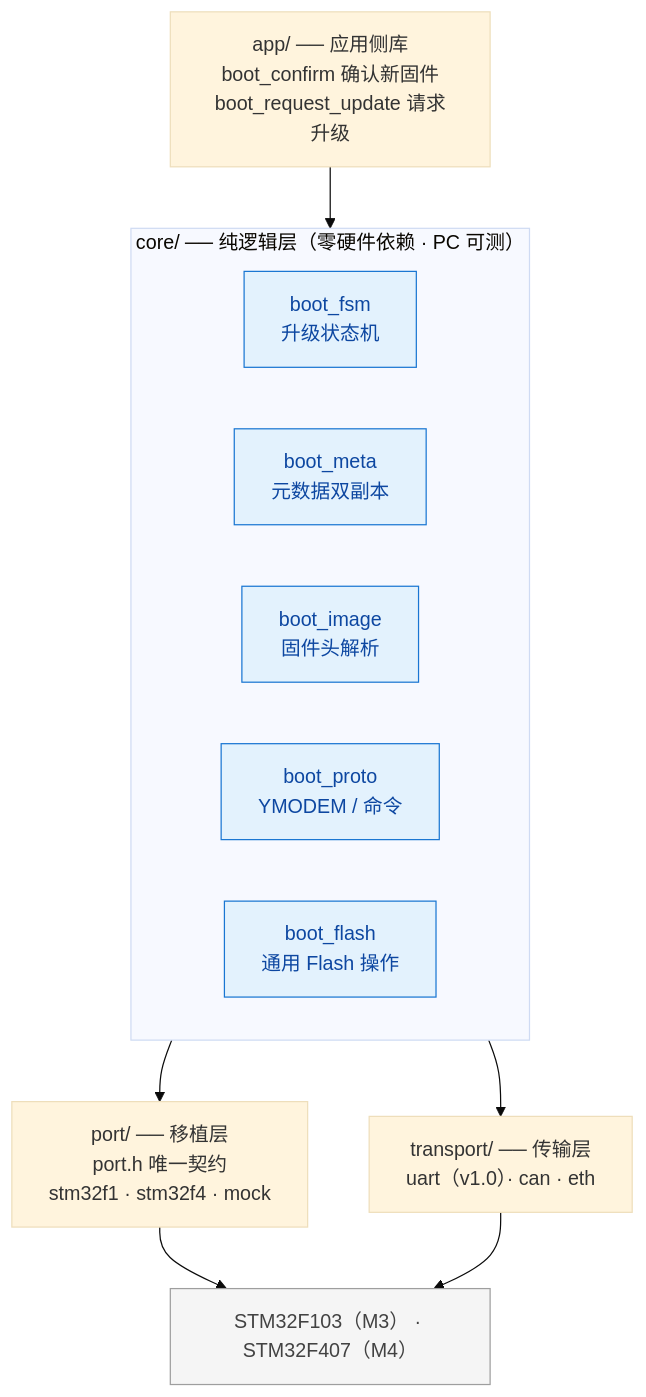
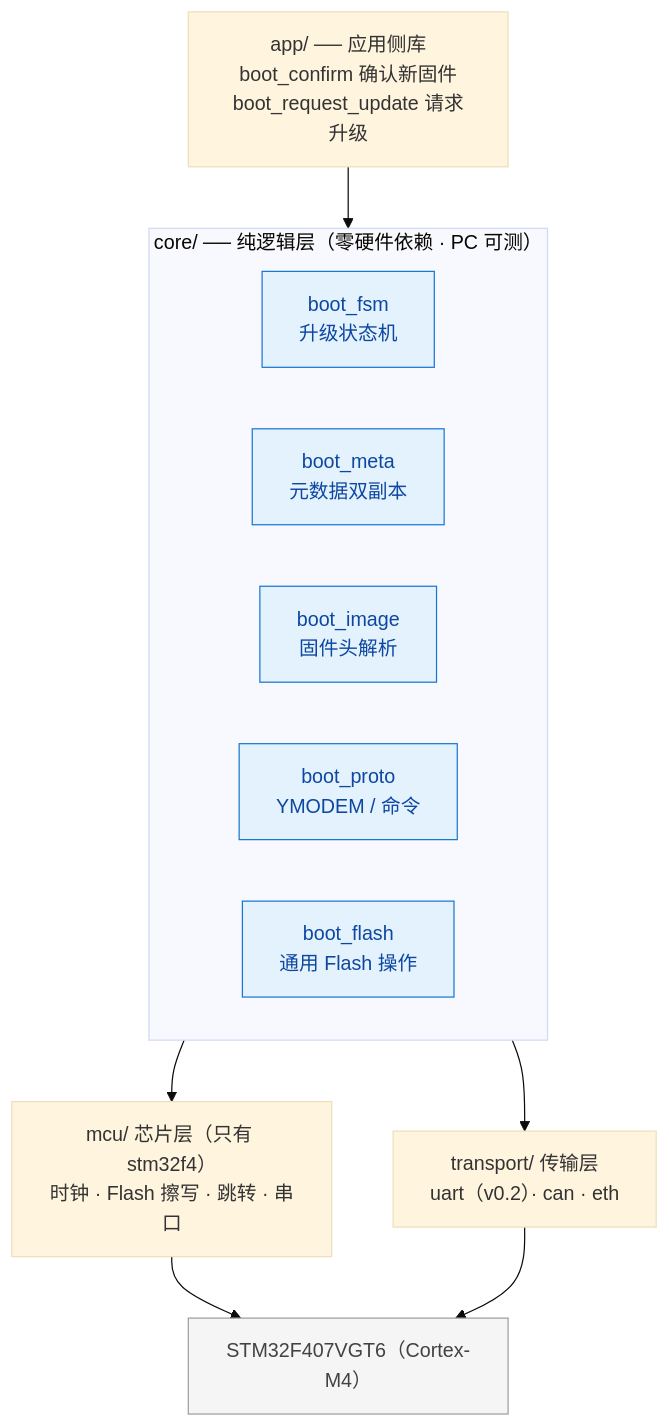
Before and after one commit to 1duck-duck1/cortex-m-ota-boot: the first of 2 diagrams in README.md, drawn with Mermaid (base theme). The commit also changed other lines of this file and 9 other files, not shown here.

````diff
--- a/README.md
+++ b/README.md
@@ -101,28 +95,28 @@
 ```mermaid
 flowchart TD
     APP["app/ ── 应用侧库<br/>boot_confirm 确认新固件<br/>boot_request_update 请求升级"]
 
     subgraph CORE["core/ ── 纯逻辑层（零硬件依赖 · PC 可测）"]
         direction LR
         C1["boot_fsm<br/>升级状态机"]
         C2["boot_meta<br/>元数据双副本"]
         C3["boot_image<br/>固件头解析"]
         C4["boot_proto<br/>YMODEM / 命令"]
         C5["boot_flash<br/>通用 Flash 操作"]
     end
 
-    PORT["port/ ── 移植层<br/>port.h 唯一契约<br/>stm32f1 · stm32f4 · mock"]
-    TRAN["transport/ ── 传输层<br/>uart（v1.0）· can · eth"]
-    HW["STM32F103（M3） · STM32F407（M4）"]
+    MCU["mcu/ 芯片层（只有 stm32f4）<br/>时钟 · Flash 擦写 · 跳转 · 串口"]
+    TRAN["transport/ 传输层<br/>uart（v0.2）· can · eth"]
+    HW["STM32F407VGT6（Cortex-M4）"]
 
     APP --> CORE
-    CORE --> PORT
+    CORE --> MCU
     CORE --> TRAN
-    PORT --> HW
+    MCU --> HW
     TRAN --> HW
 
     classDef core fill:#e3f2fd,stroke:#1976d2,color:#0d47a1
     classDef hw fill:#f5f5f5,stroke:#9e9e9e,color:#424242
     class C1,C2,C3,C4,C5 core
     class HW hw
 ```
````
